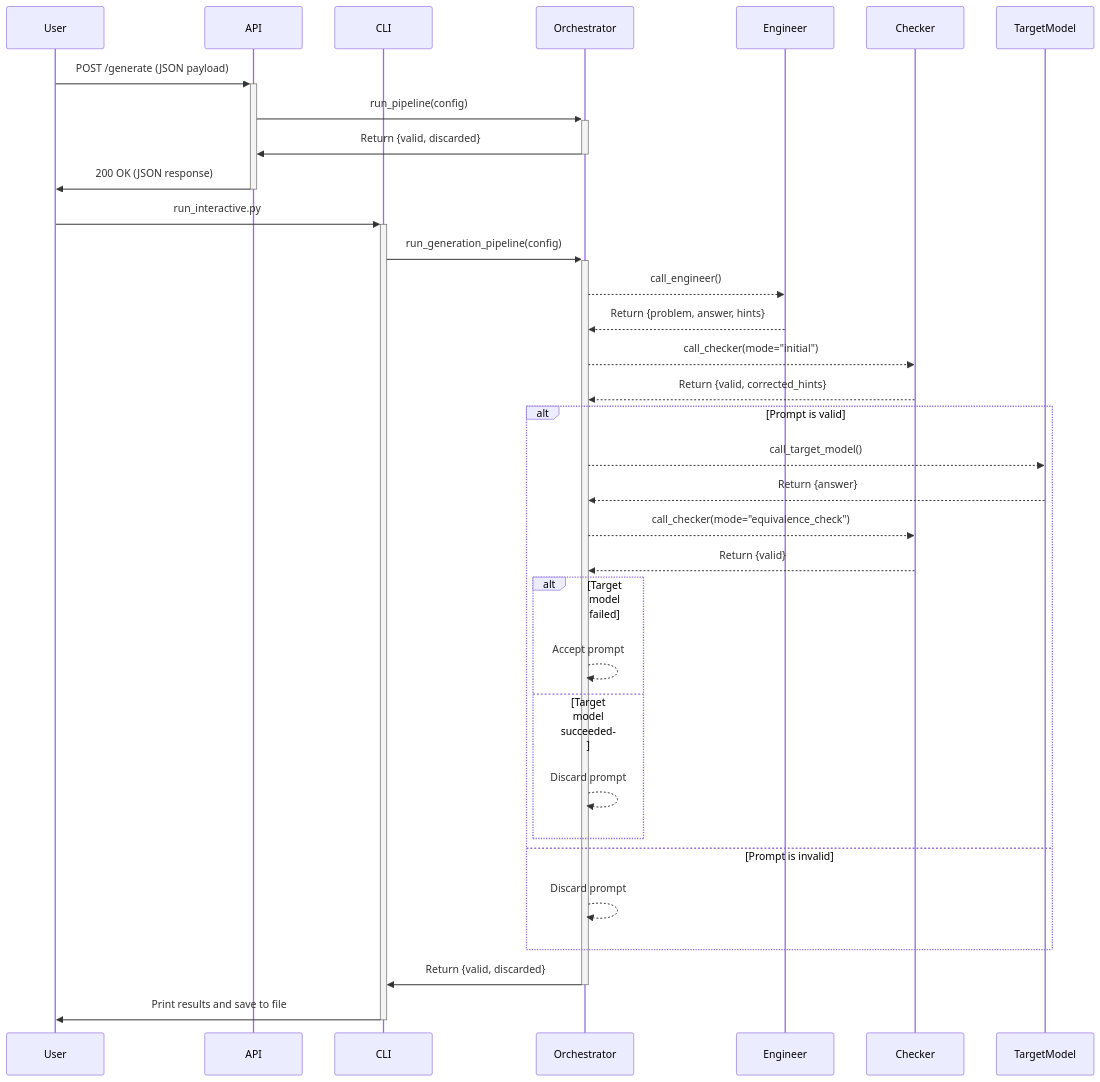
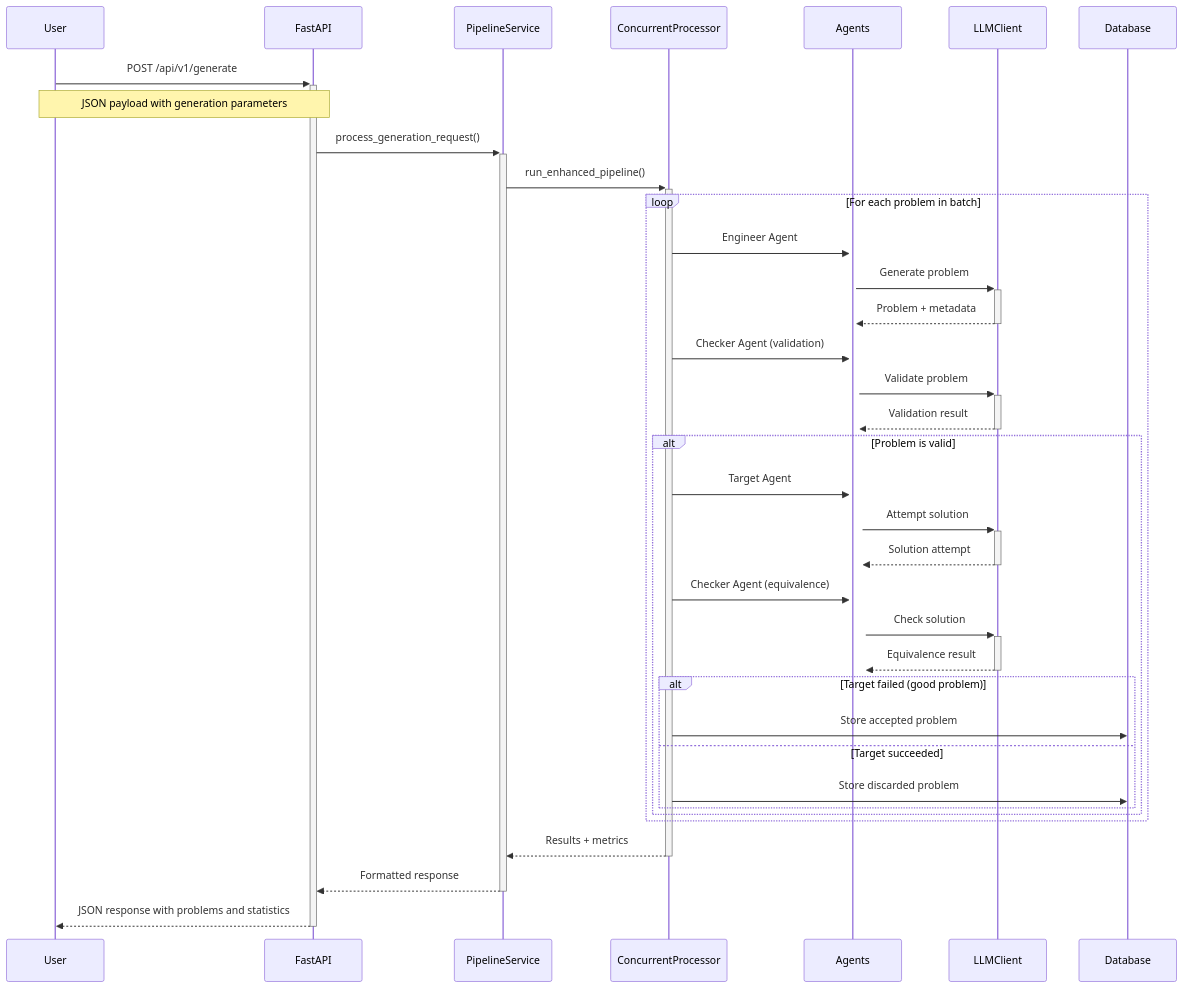
Before and after one commit to kamaal505/synthetic_math_prompts_agent: the second of 4 diagrams in docs/overview.md, drawn with Mermaid. The commit also changed other lines of this file and 2 other files, not shown here.

````diff
--- a/docs/overview.md
+++ b/docs/overview.md
@@ -198,37 +262,46 @@
 ```mermaid
 sequenceDiagram
     participant User
-    participant API
-    participant CLI
-    participant Orchestrator
-    participant Engineer
-    participant Checker
-    participant TargetModel
+    participant FastAPI
+    participant PipelineService
+    participant ConcurrentProcessor
+    participant Agents
+    participant LLMClient
+    participant Database
 
-    User->>+API: POST /generate (JSON payload)
-    API->>+Orchestrator: run_pipeline(config)
-    Orchestrator->>-API: Return {valid, discarded}
-    API->>-User: 200 OK (JSON response)
-
-    User->>+CLI: run_interactive.py
-    CLI->>+Orchestrator: run_generation_pipeline(config)
-    Orchestrator-->>Engineer: call_engineer()
-    Engineer-->>Orchestrator: Return {problem, answer, hints}
-    Orchestrator-->>Checker: call_checker(mode="initial")
-    Checker-->>Orchestrator: Return {valid, corrected_hints}
-    alt Prompt is valid
-        Orchestrator-->>TargetModel: call_target_model()
-        TargetModel-->>Orchestrator: Return {answer}
-        Orchestrator-->>Checker: call_checker(mode="equivalence_check")
-        Checker-->>Orchestrator: Return {valid}
-        alt Target model failed
-            Orchestrator-->>Orchestrator: Accept prompt
-        else Target model succeeded
-            Orchestrator-->>Orchestrator: Discard prompt
+    User->>+FastAPI: POST /api/v1/generate
+    Note over User,FastAPI: JSON payload with generation parameters
+    
+    FastAPI->>+PipelineService: process_generation_request()
+    PipelineService->>+ConcurrentProcessor: run_enhanced_pipeline()
+    
+    loop For each problem in batch
+        ConcurrentProcessor->>+Agents: Engineer Agent
+        Agents->>+LLMClient: Generate problem
+        LLMClient-->>-Agents: Problem + metadata
+        
+        ConcurrentProcessor->>+Agents: Checker Agent (validation)
+        Agents->>+LLMClient: Validate problem
+        LLMClient-->>-Agents: Validation result
+        
+        alt Problem is valid
+            ConcurrentProcessor->>+Agents: Target Agent
+            Agents->>+LLMClient: Attempt solution
+            LLMClient-->>-Agents: Solution attempt
+            
+            ConcurrentProcessor->>+Agents: Checker Agent (equivalence)
+            Agents->>+LLMClient: Check solution
+            LLMClient-->>-Agents: Equivalence result
+            
+            alt Target failed (good problem)
+                ConcurrentProcessor->>Database: Store accepted problem
+            else Target succeeded
+                ConcurrentProcessor->>Database: Store discarded problem
+            end
         end
-    else Prompt is invalid
-        Orchestrator-->>Orchestrator: Discard prompt
     end
-    Orchestrator->>-CLI: Return {valid, discarded}
-    CLI->>-User: Print results and save to file
+    
+    ConcurrentProcessor-->>-PipelineService: Results + metrics
+    PipelineService-->>-FastAPI: Formatted response
+    FastAPI-->>-User: JSON response with problems and statistics
 ```
````
